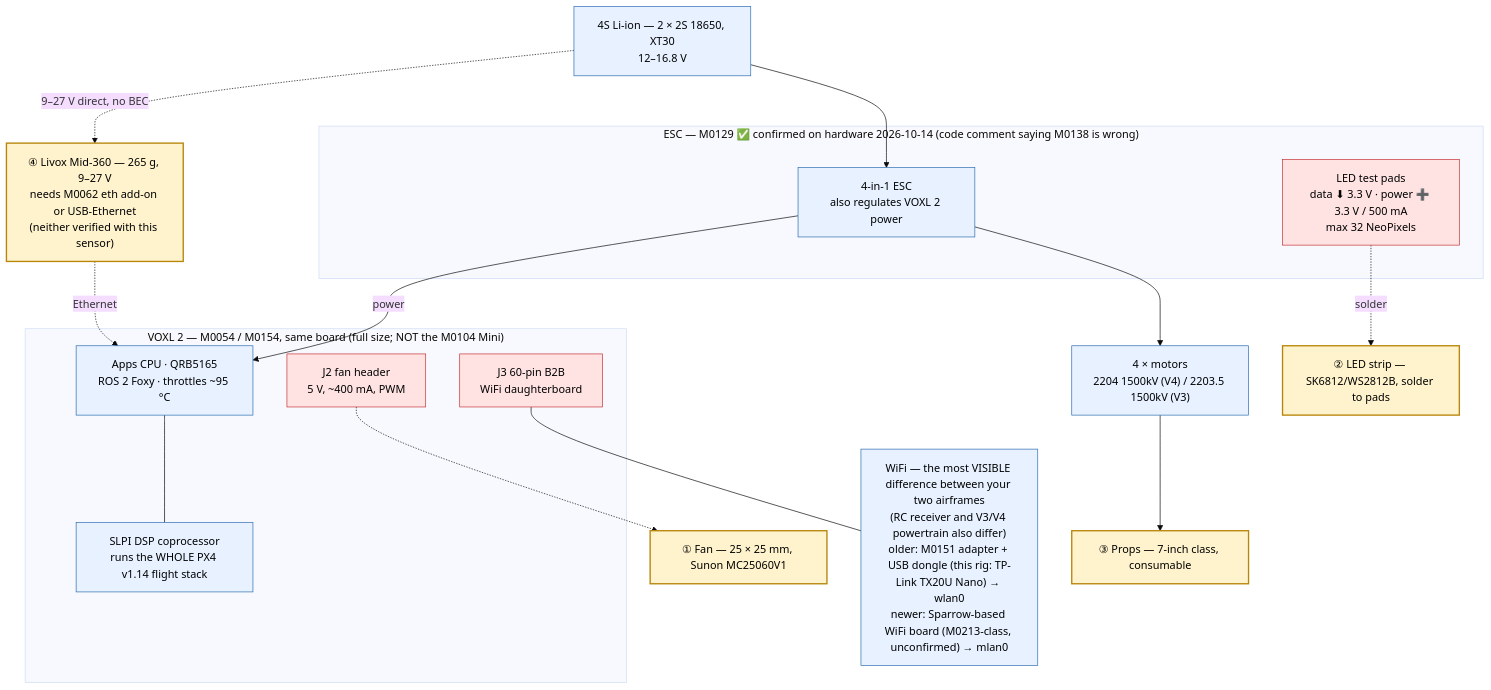
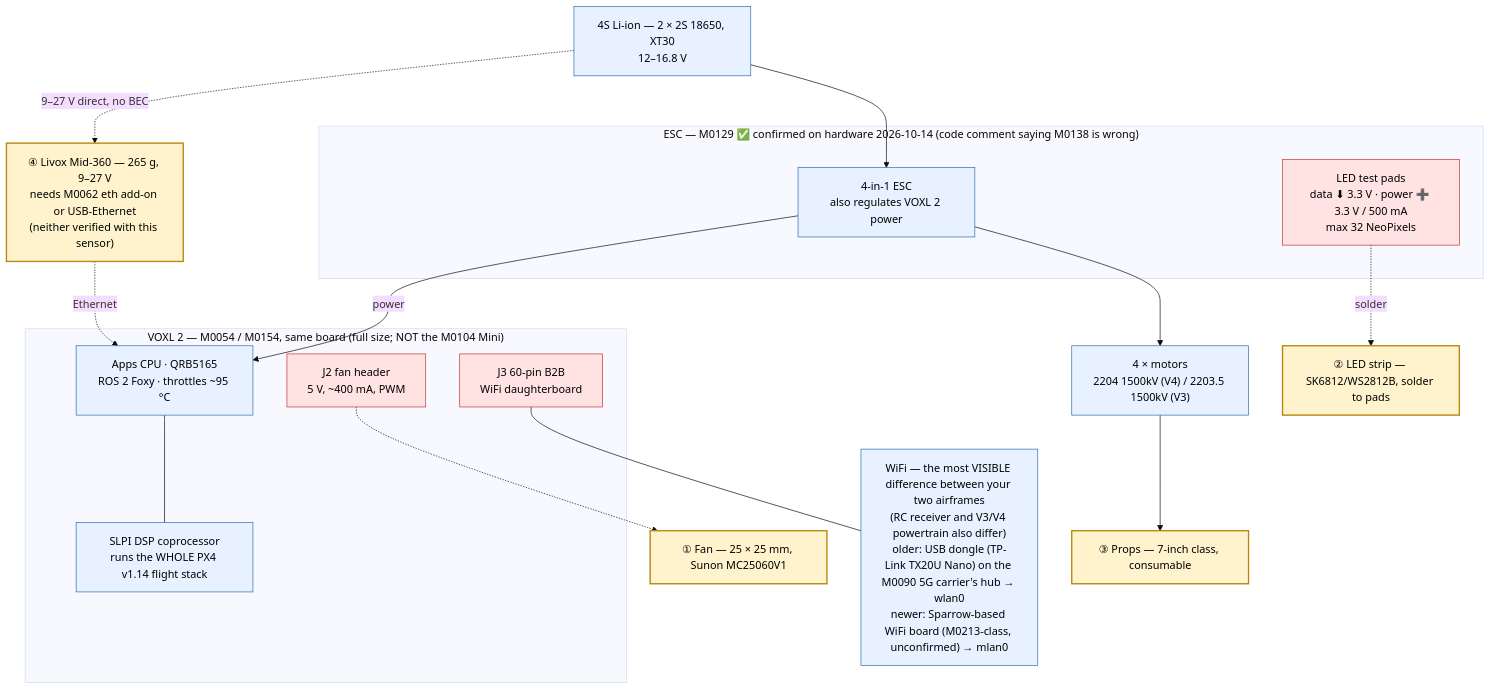
The first of 3 diagrams in reports/Starling Max 2 modification stack.md (Darkuantum/AirStack-starling-max2), drawn with Mermaid (base theme) before and after one commit. The commit also changed other lines of this file and 8 other files, not shown here.

````diff
--- a/reports/Starling Max 2 modification stack.md
+++ b/reports/Starling Max 2 modification stack.md
@@ -25,41 +25,41 @@
 ```mermaid
 flowchart TB
     BAT["4S Li-ion — 2 × 2S 18650, XT30<br/>12–16.8 V"]
 
     subgraph ESCB["ESC — M0129 ✅ confirmed on hardware 2026-10-14 (code comment saying M0138 is wrong)"]
       ESC["4-in-1 ESC<br/>also regulates VOXL 2 power"]
       LEDPAD["LED test pads<br/>data ⬇ 3.3 V · power ➕ 3.3 V / 500 mA<br/>max 32 NeoPixels"]
     end
 
     subgraph VOXLB["VOXL 2 — M0054 / M0154, same board (full size; NOT the M0104 Mini)"]
       APPS["Apps CPU · QRB5165<br/>ROS 2 Foxy · throttles ~95 °C"]
       SLPI["SLPI DSP coprocessor<br/>runs the WHOLE PX4 v1.14 flight stack"]
       J2["J2 fan header<br/>5 V, ~400 mA, PWM"]
       J3["J3 60-pin B2B<br/>WiFi daughterboard"]
     end
 
-    WIFI["WiFi — the most VISIBLE difference between your two airframes<br/>(RC receiver and V3/V4 powertrain also differ)<br/>older: M0151 adapter + USB dongle (this rig: TP-Link TX20U Nano) → wlan0<br/>newer: Sparrow-based WiFi board (M0213-class, unconfirmed) → mlan0"]
+    WIFI["WiFi — the most VISIBLE difference between your two airframes<br/>(RC receiver and V3/V4 powertrain also differ)<br/>older: USB dongle (TP-Link TX20U Nano) on the M0090 5G carrier's hub → wlan0<br/>newer: Sparrow-based WiFi board (M0213-class, unconfirmed) → mlan0"]
     MOTORS["4 × motors<br/>2204 1500kV (V4) / 2203.5 1500kV (V3)"]
 
     FAN["① Fan — 25 × 25 mm, Sunon MC25060V1"]
     PROPS["③ Props — 7-inch class, consumable"]
     STRIP["② LED strip — SK6812/WS2812B, solder to pads"]
     LIDAR["④ Livox Mid-360 — 265 g, 9–27 V<br/>needs M0062 eth add-on or USB-Ethernet<br/>(neither verified with this sensor)"]
 
     BAT --> ESC
     BAT -.->|"9–27 V direct, no BEC"| LIDAR
     ESC --> MOTORS --> PROPS
     ESC -->|"power"| APPS
     LEDPAD -.->|"solder"| STRIP
     J2 -.-> FAN
     J3 --- WIFI
     APPS --- SLPI
     LIDAR -.->|"Ethernet"| APPS
 
     classDef mod fill:#fff3cd,stroke:#b8860b,stroke-width:2px,color:#000
     classDef hw fill:#e7f1ff,stroke:#2b6cb0,color:#000
     classDef warn fill:#ffe3e3,stroke:#c53030,color:#000
     class FAN,STRIP,LIDAR,PROPS mod
     class BAT,ESC,APPS,SLPI,MOTORS,WIFI hw
     class LEDPAD,J2,J3 warn
 ```
````
